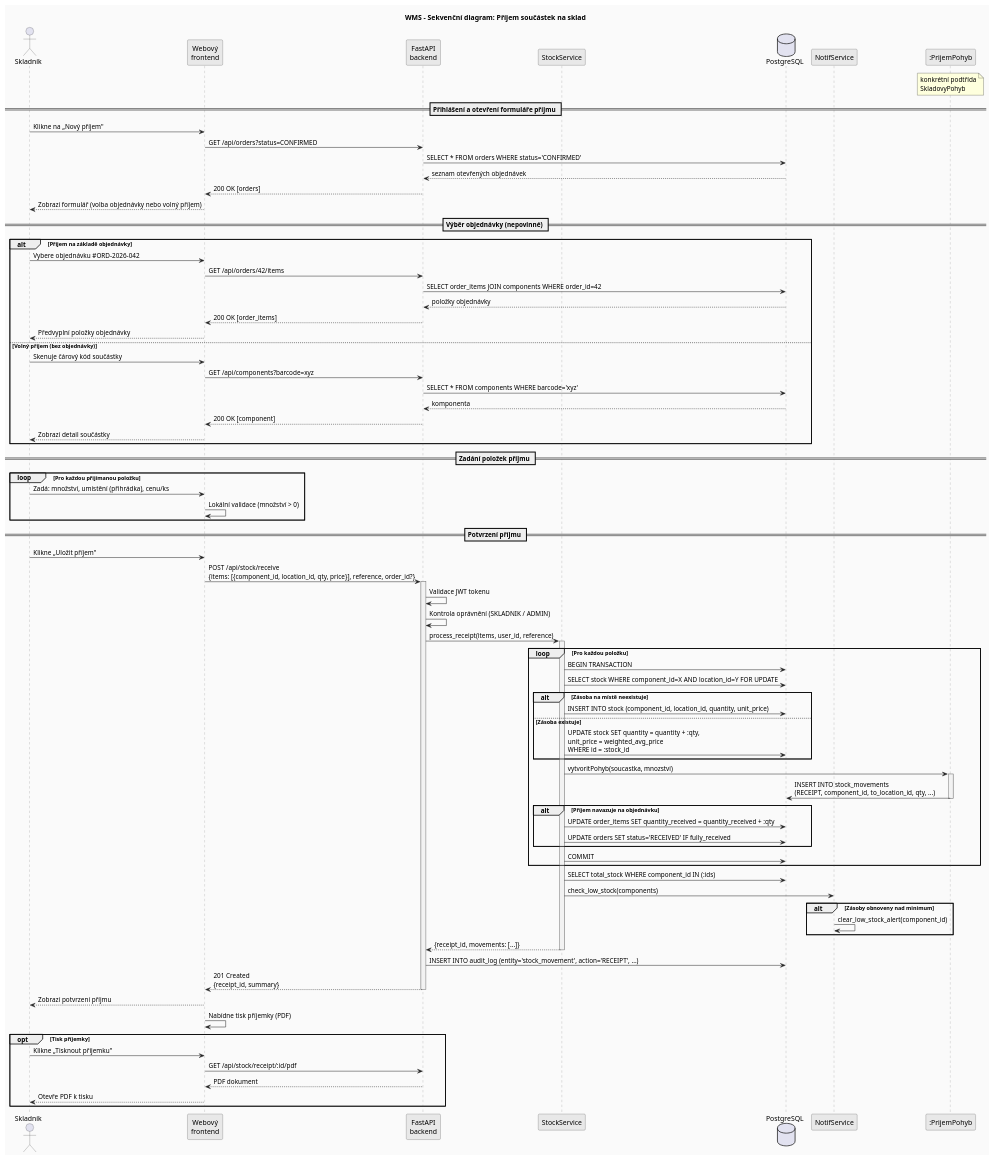
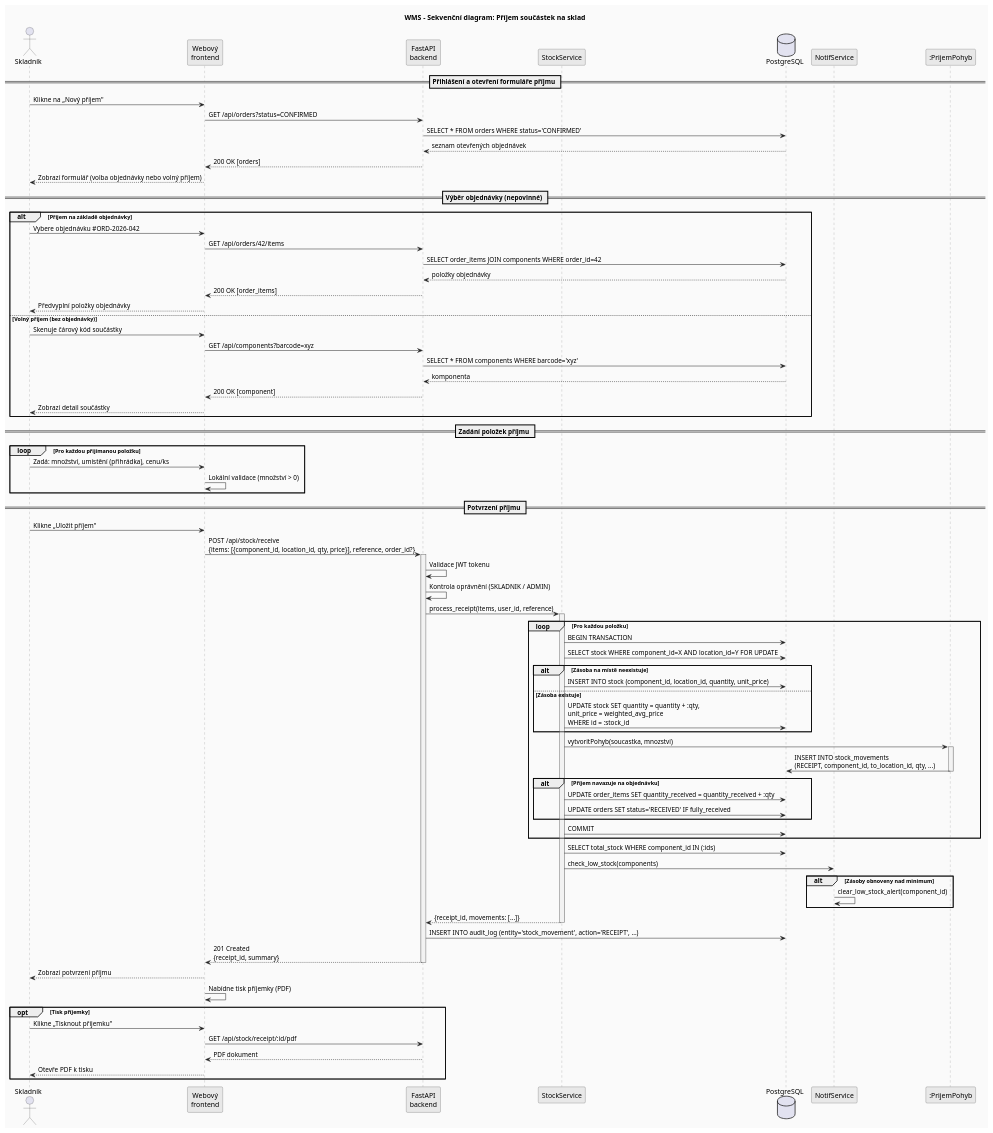
Before and after one commit to lkvapil/kOdevzdaniProjektWMS: the diagram in diagrams/04_sequence_prijem.puml, drawn with PlantUML. The commit also changed 4 other files, not shown here.

Commit message:
fix: oprav sekvenční diagramy – aktér, participanti, guardy

```diff
--- a/diagrams/04_sequence_prijem.puml
+++ b/diagrams/04_sequence_prijem.puml
@@ -1,118 +1,117 @@
 @startuml 04_sequence_prijem
 title WMS – Sekvenční diagram: Příjem součástek na sklad
 
 skinparam backgroundColor #FAFAFA
 skinparam sequence {
   ArrowColor #222222
   ActorBorderColor #444444
   LifeLineBorderColor #888888
   LifeLineBackgroundColor #F2F2F2
   ParticipantBackgroundColor #E8E8E8
   ParticipantBorderColor #444444
   BoxBackgroundColor #F5F5F5
   BoxBorderColor #999999
 }
 
 actor "Skladník" as Skladnik
 participant "Webový\nfrontend" as UI
 participant "FastAPI\nbackend" as API
 participant "StockService" as SVC
 database "PostgreSQL" as DB
 participant "NotifService" as NOTIF
 participant ":PrijemPohyb" as Pohyb
-note over Pohyb : konkrétní podtřída\nSkladovyPohyb
 
 == Přihlášení a otevření formuláře příjmu ==
 
 Skladnik -> UI : Klikne na „Nový příjem"
 UI -> API : GET /api/orders?status=CONFIRMED
 API -> DB : SELECT * FROM orders WHERE status='CONFIRMED'
 DB --> API : seznam otevřených objednávek
 API --> UI : 200 OK [orders]
 UI --> Skladnik : Zobrazí formulář (volba objednávky nebo volný příjem)
 
 == Výběr objednávky (nepovinné) ==
 
 alt Příjem na základě objednávky
   Skladnik -> UI : Vybere objednávku #ORD-2026-042
   UI -> API : GET /api/orders/42/items
   API -> DB : SELECT order_items JOIN components WHERE order_id=42
   DB --> API : položky objednávky
   API --> UI : 200 OK [order_items]
   UI --> Skladnik : Předvyplní položky objednávky
 else Volný příjem (bez objednávky)
   Skladnik -> UI : Skenuje čárový kód součástky
   UI -> API : GET /api/components?barcode=xyz
   API -> DB : SELECT * FROM components WHERE barcode='xyz'
   DB --> API : komponenta
   API --> UI : 200 OK [component]
   UI --> Skladnik : Zobrazí detail součástky
 end
 
 == Zadání položek příjmu ==
 
 loop Pro každou přijímanou položku
   Skladnik -> UI : Zadá: množství, umístění (přihrádka), cenu/ks
   UI -> UI : Lokální validace (množství > 0)
 end
 
 == Potvrzení příjmu ==
 
 Skladnik -> UI : Klikne „Uložit příjem"
 UI -> API : POST /api/stock/receive\n{items: [{component_id, location_id, qty, price}], reference, order_id?}
 activate API
 
 API -> API : Validace JWT tokenu
 API -> API : Kontrola oprávnění (SKLADNIK / ADMIN)
 
 API -> SVC : process_receipt(items, user_id, reference)
 activate SVC
 
 loop Pro každou položku
   SVC -> DB : BEGIN TRANSACTION
   SVC -> DB : SELECT stock WHERE component_id=X AND location_id=Y FOR UPDATE
   
   alt Zásoba na místě neexistuje
     SVC -> DB : INSERT INTO stock (component_id, location_id, quantity, unit_price)
   else Zásoba existuje
     SVC -> DB : UPDATE stock SET quantity = quantity + :qty,\nunit_price = weighted_avg_price\nWHERE id = :stock_id
   end
   
   SVC -> Pohyb : vytvoritPohyb(soucastka, mnozstvi)
   activate Pohyb
   Pohyb -> DB : INSERT INTO stock_movements\n(RECEIPT, component_id, to_location_id, qty, ...)
   deactivate Pohyb
   
   alt Příjem navazuje na objednávku
     SVC -> DB : UPDATE order_items SET quantity_received = quantity_received + :qty
     SVC -> DB : UPDATE orders SET status='RECEIVED' IF fully_received
   end
   
   SVC -> DB : COMMIT
 end
 
 SVC -> DB : SELECT total_stock WHERE component_id IN (:ids)
 SVC -> NOTIF : check_low_stock(components)
 
 alt Zásoby obnoveny nad minimum
   NOTIF -> NOTIF : clear_low_stock_alert(component_id)
 end
 
 SVC --> API : {receipt_id, movements: [...]}
 deactivate SVC
 
 API -> DB : INSERT INTO audit_log (entity='stock_movement', action='RECEIPT', ...)
 API --> UI : 201 Created\n{receipt_id, summary}
 deactivate API
 
 UI --> Skladnik : Zobrazí potvrzení příjmu
 UI -> UI : Nabídne tisk příjemky (PDF)
 
 opt Tisk příjemky
   Skladnik -> UI : Klikne „Tisknout příjemku"
   UI -> API : GET /api/stock/receipt/:id/pdf
   API --> UI : PDF dokument
   UI --> Skladnik : Otevře PDF k tisku
 end
 
 @enduml
```
